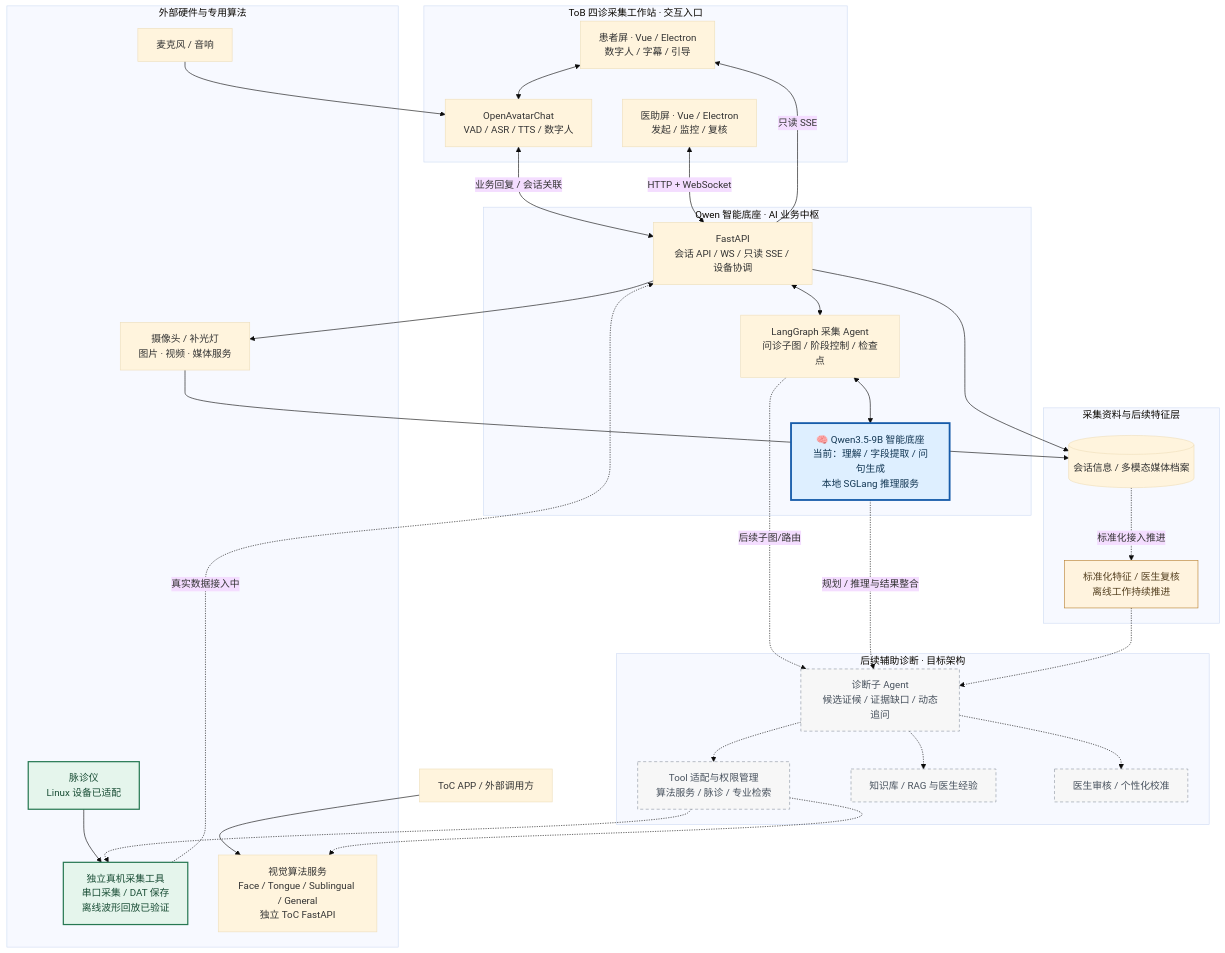
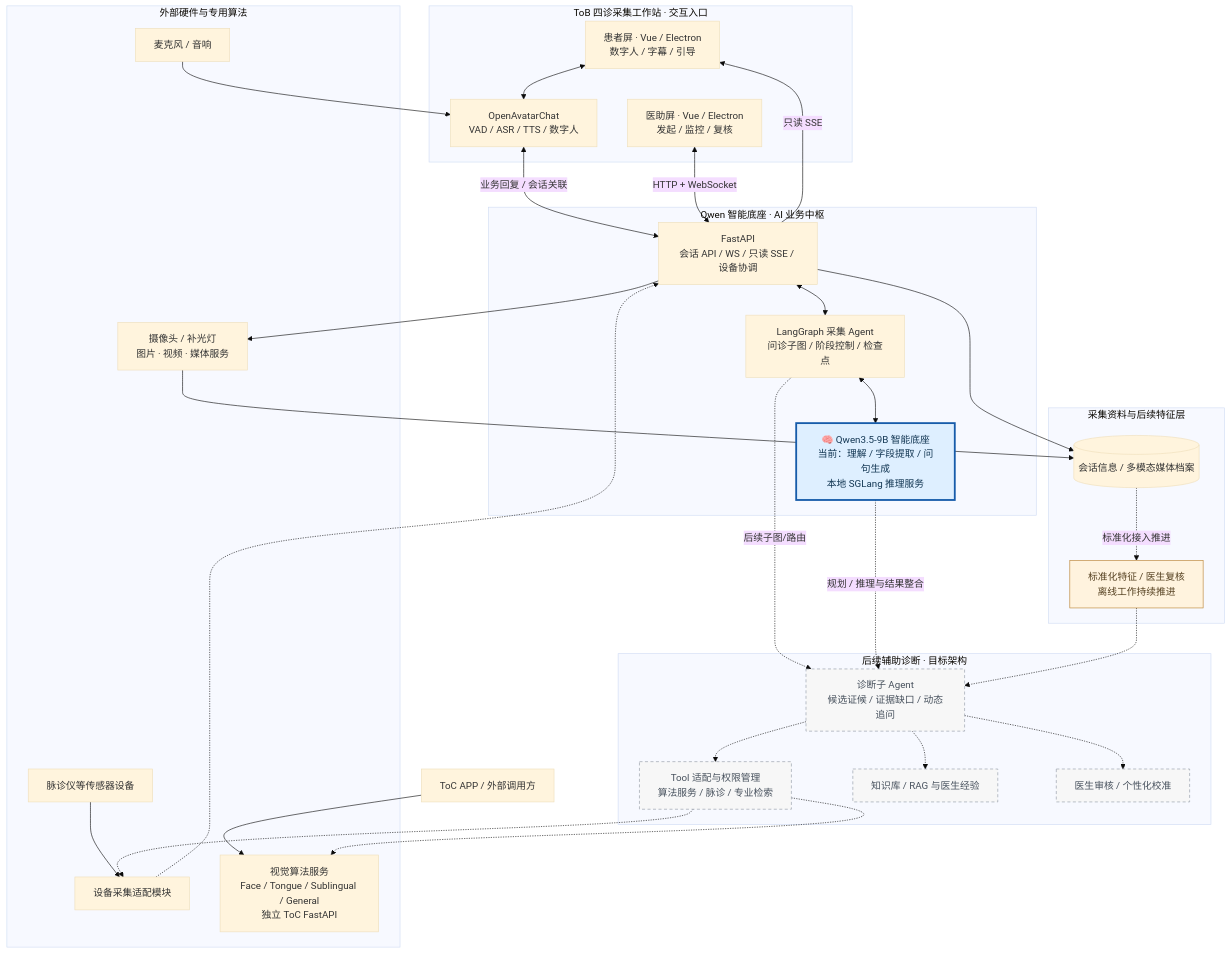
Before and after one commit to Shenchen-Liu/TCM-AI-Portfolio: the diagram in README.md, drawn with Mermaid (base theme). The commit also changed other lines of this file, not shown here.

Commit message:
docs: simplify sensor integration presentation and highlight partner-hospital trial

````diff
--- a/README.md
+++ b/README.md
@@ -39,63 +39,61 @@
 ```mermaid
 flowchart TB
   subgraph Human["ToB 四诊采集工作站 · 交互入口"]
     PAT["患者屏 · Vue / Electron<br/>数字人 / 字幕 / 引导"]
     STAFF["医助屏 · Vue / Electron<br/>发起 / 监控 / 复核"]
     OAC["OpenAvatarChat<br/>VAD / ASR / TTS / 数字人"]
   end
   subgraph Brain["Qwen 智能底座 · AI 业务中枢"]
     BACK["FastAPI<br/>会话 API / WS / 只读 SSE / 设备协调"]
     GRAPH["LangGraph 采集 Agent<br/>问诊子图 / 阶段控制 / 检查点"]
     QWEN["🧠 Qwen3.5-9B 智能底座<br/>当前：理解 / 字段提取 / 问句生成<br/>本地 SGLang 推理服务"]
   end
   subgraph Sources["外部硬件与专用算法"]
     CAM["摄像头 / 补光灯<br/>图片 · 视频 · 媒体服务"]
     MIC["麦克风 / 音响"]
-    PULSE["脉诊仪<br/>Linux 设备已适配"]
-    PULSAPP["独立真机采集工具<br/>串口采集 / DAT 保存<br/>离线波形回放已验证"]
+    PULSE["脉诊仪等传感器设备"]
+    PULSAPP["设备采集适配模块"]
     VIS["视觉算法服务<br/>Face / Tongue / Sublingual / General<br/>独立 ToC FastAPI"]
   end
   subgraph Data["采集资料与后续特征层"]
     REC[("会话信息 / 多模态媒体档案")]
     STANDARD["标准化特征 / 医生复核<br/>离线工作持续推进"]
   end
   subgraph Roadmap["后续辅助诊断 · 目标架构"]
     DIAG["诊断子 Agent<br/>候选证候 / 证据缺口 / 动态追问"]
     TOOL["Tool 适配与权限管理<br/>算法服务 / 脉诊 / 专业检索"]
     RAG["知识库 / RAG 与医生经验"]
     REVIEW["医生审核 / 个性化校准"]
   end
   APP["ToC APP / 外部调用方"]
 
   PAT <--> OAC
   MIC --> OAC
   OAC <-->|"业务回复 / 会话关联"| BACK
   STAFF <-->|"HTTP + WebSocket"| BACK
   BACK -->|"只读 SSE"| PAT
   BACK <--> GRAPH
   GRAPH <--> QWEN
   BACK --> CAM
   CAM --> REC
   BACK --> REC
   APP --> VIS
   PULSE --> PULSAPP
-  PULSAPP -.->|"真实数据接入中"| BACK
+  PULSAPP -.-> BACK
   REC -.->|"标准化接入推进"| STANDARD
   GRAPH -.->|"后续子图/路由"| DIAG
   QWEN -.->|"规划 / 推理与结果整合"| DIAG
   STANDARD -.-> DIAG
   DIAG -.-> TOOL
   DIAG -.-> RAG
   DIAG -.-> REVIEW
   TOOL -.-> VIS
   TOOL -.-> PULSAPP
 
   classDef brain fill:#deefff,stroke:#175caa,stroke-width:3px,color:#123653;
   classDef planned fill:#f7f7f7,stroke:#9098a4,stroke-dasharray:5 4,color:#47515d;
   classDef ongoing fill:#fff3de,stroke:#b9802e,color:#554020;
-  classDef adapted fill:#e5f5ec,stroke:#277852,stroke-width:2px,color:#194d35;
   class QWEN brain;
   class DIAG,TOOL,RAG,REVIEW planned;
   class STANDARD ongoing;
-  class PULSE,PULSAPP adapted;
 ```
````
